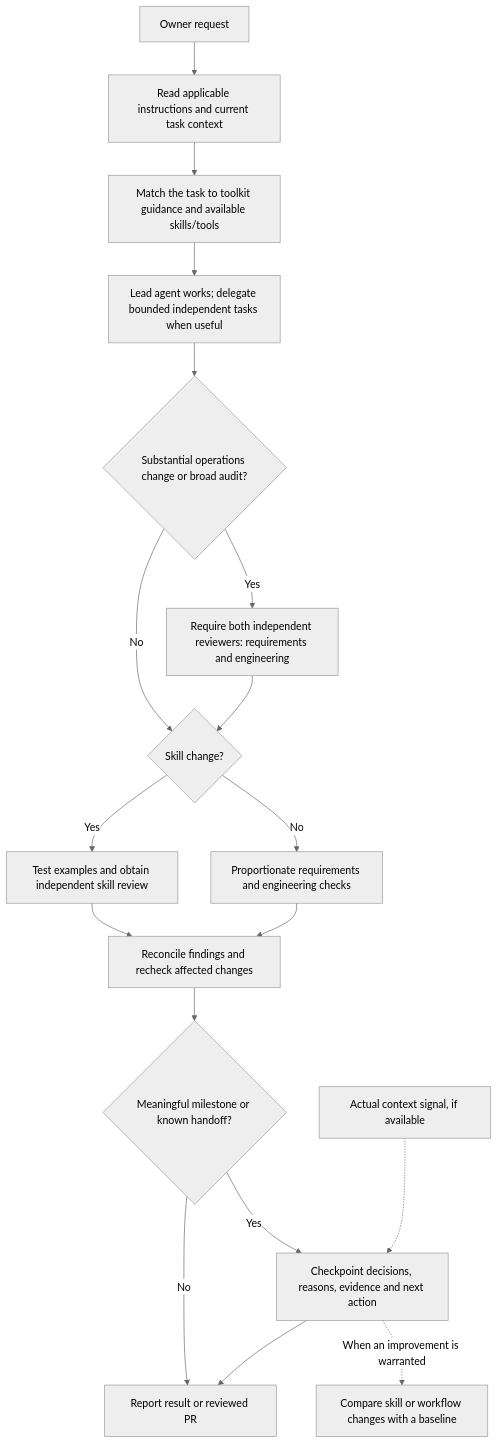
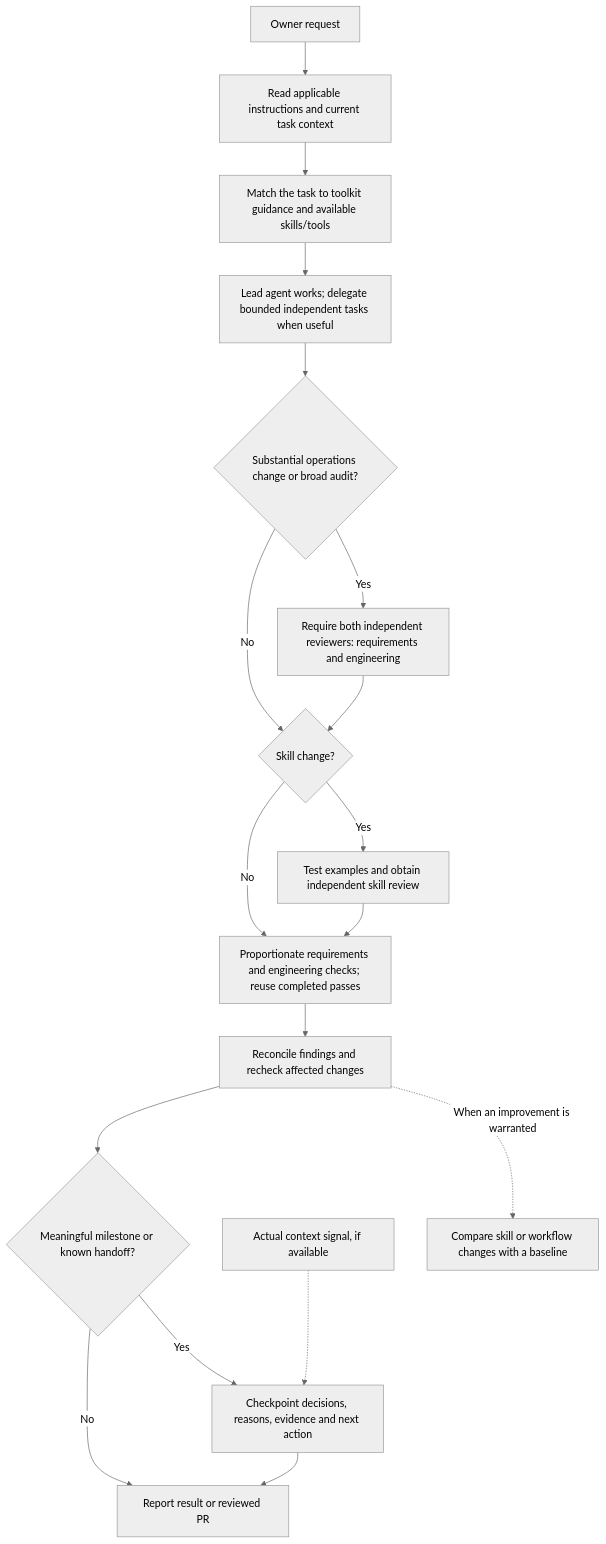
The diagram in docs/studio-workflow.md (Vziraka/ensizziyo-web-studio), drawn with Mermaid (neutral theme) before and after one commit.

Commit message:
Complete overlapping review paths in diagram

````diff
--- a/docs/studio-workflow.md
+++ b/docs/studio-workflow.md
@@ -9,20 +9,20 @@
 ```mermaid
 flowchart TD
     A["Owner request"] --> B["Read applicable instructions and current task context"]
     B --> C["Match the task to toolkit guidance and available skills/tools"]
     C --> D["Lead agent works; delegate bounded independent tasks when useful"]
     D --> E{"Substantial operations change or broad audit?"}
     E -- "Yes" --> F["Require both independent reviewers: requirements and engineering"]
     E -- "No" --> G{"Skill change?"}
     F --> G
     G -- "Yes" --> H["Test examples and obtain independent skill review"]
-    G -- "No" --> I["Proportionate requirements and engineering checks"]
-    H --> J["Reconcile findings and recheck affected changes"]
-    I --> J
+    G -- "No" --> I["Proportionate requirements and engineering checks; reuse completed passes"]
+    H --> I
+    I --> J["Reconcile findings and recheck affected changes"]
     J --> K{"Meaningful milestone or known handoff?"}
     K -- "Yes" --> L["Checkpoint decisions, reasons, evidence and next action"]
     K -- "No" --> M["Report result or reviewed PR"]
     L --> M
     N["Actual context signal, if available"] -.-> L
-    L -. "When an improvement is warranted" .-> O["Compare skill or workflow changes with a baseline"]
+    J -. "When an improvement is warranted" .-> O["Compare skill or workflow changes with a baseline"]
 ```
````
